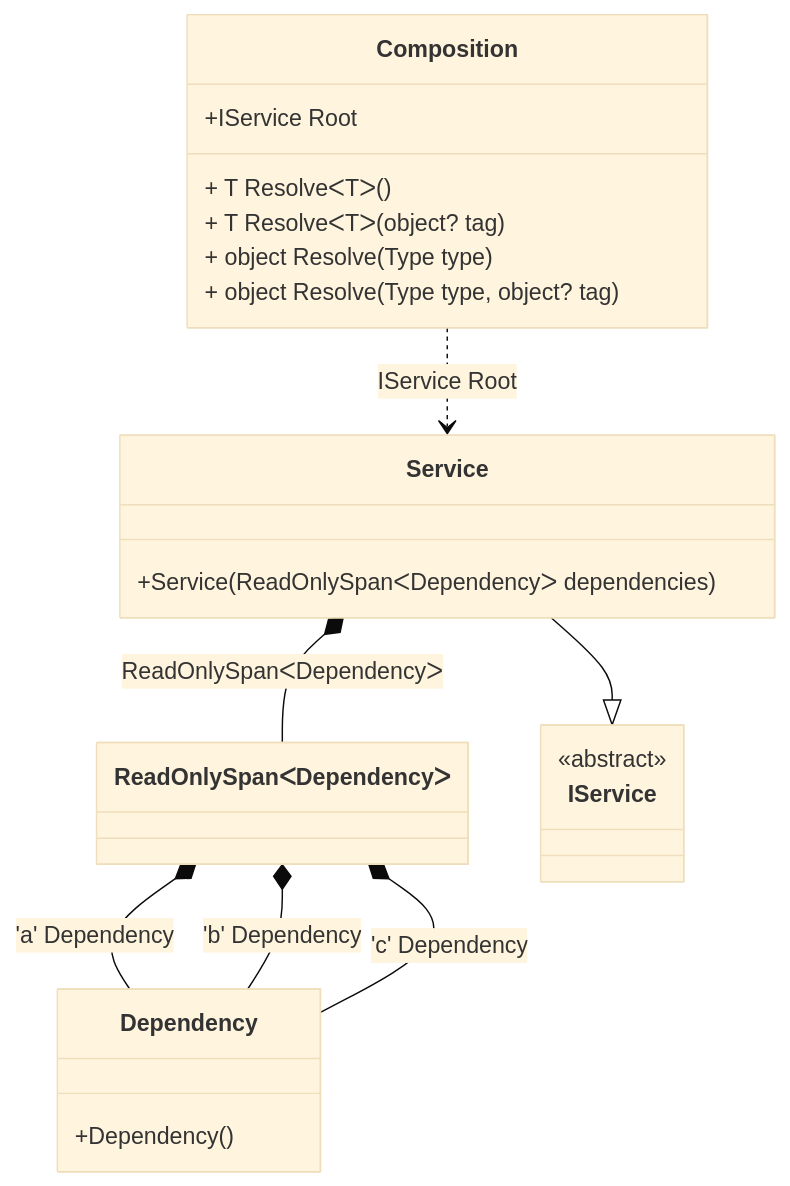
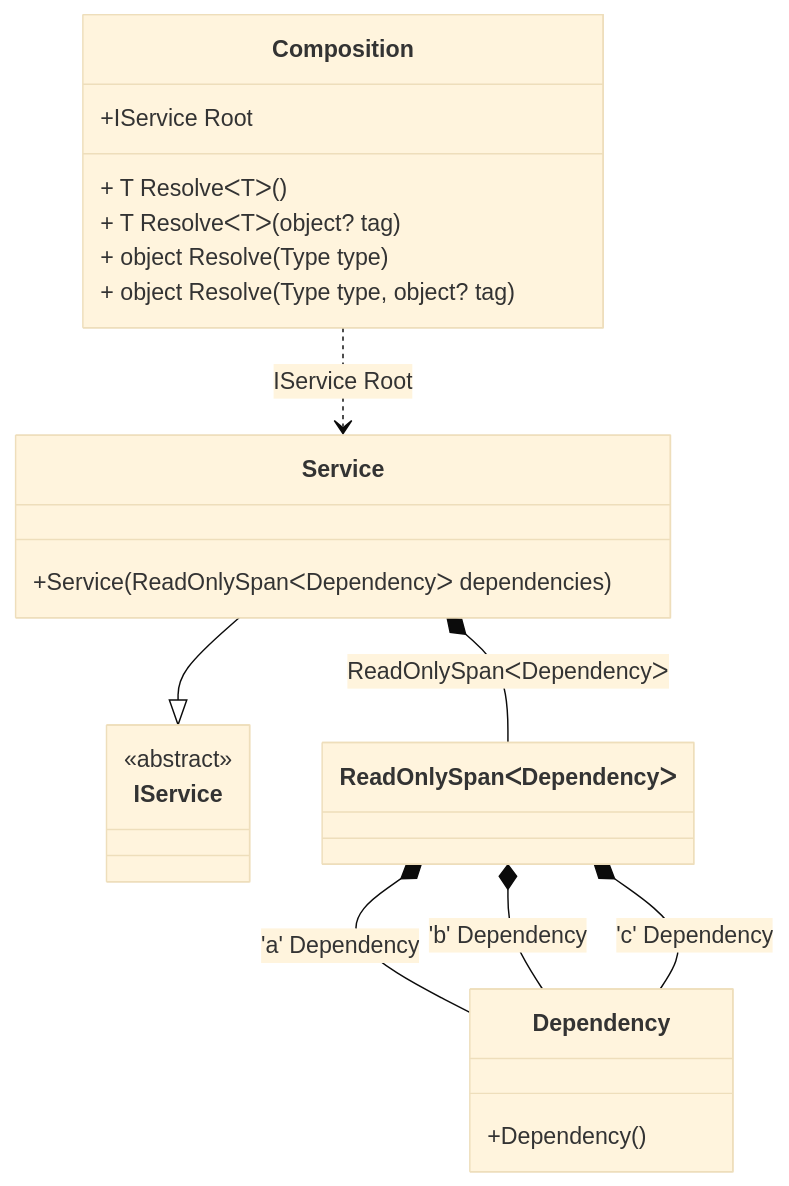
One commit to DevTeam/Pure.DI changed the diagram in readme/span-and-readonlyspan.md. Above: the diagram before and after it, drawn with Mermaid (base theme). The commit also changed other lines of this file and 103 other files, not shown here.

````diff
--- a/readme/span-and-readonlyspan.md
+++ b/readme/span-and-readonlyspan.md
@@ -49,26 +49,26 @@
 ```mermaid
 classDiagram
   class Composition {
     +IService Root
     + T ResolveᐸTᐳ()
     + T ResolveᐸTᐳ(object? tag)
     + object Resolve(Type type)
     + object Resolve(Type type, object? tag)
   }
-  class ReadOnlySpanᐸDependencyᐳ
   class Dependency {
     +Dependency()
   }
   Service --|> IService : 
   class Service {
     +Service(ReadOnlySpanᐸDependencyᐳ dependencies)
   }
+  class ReadOnlySpanᐸDependencyᐳ
   class IService {
     <<abstract>>
   }
+  Service *--  ReadOnlySpanᐸDependencyᐳ : ReadOnlySpanᐸDependencyᐳ
+  Composition ..> Service : IService Root
   ReadOnlySpanᐸDependencyᐳ *--  Dependency : 'a'  Dependency
   ReadOnlySpanᐸDependencyᐳ *--  Dependency : 'b'  Dependency
   ReadOnlySpanᐸDependencyᐳ *--  Dependency : 'c'  Dependency
-  Service *--  ReadOnlySpanᐸDependencyᐳ : ReadOnlySpanᐸDependencyᐳ
-  Composition ..> Service : IService Root
 ```
````
